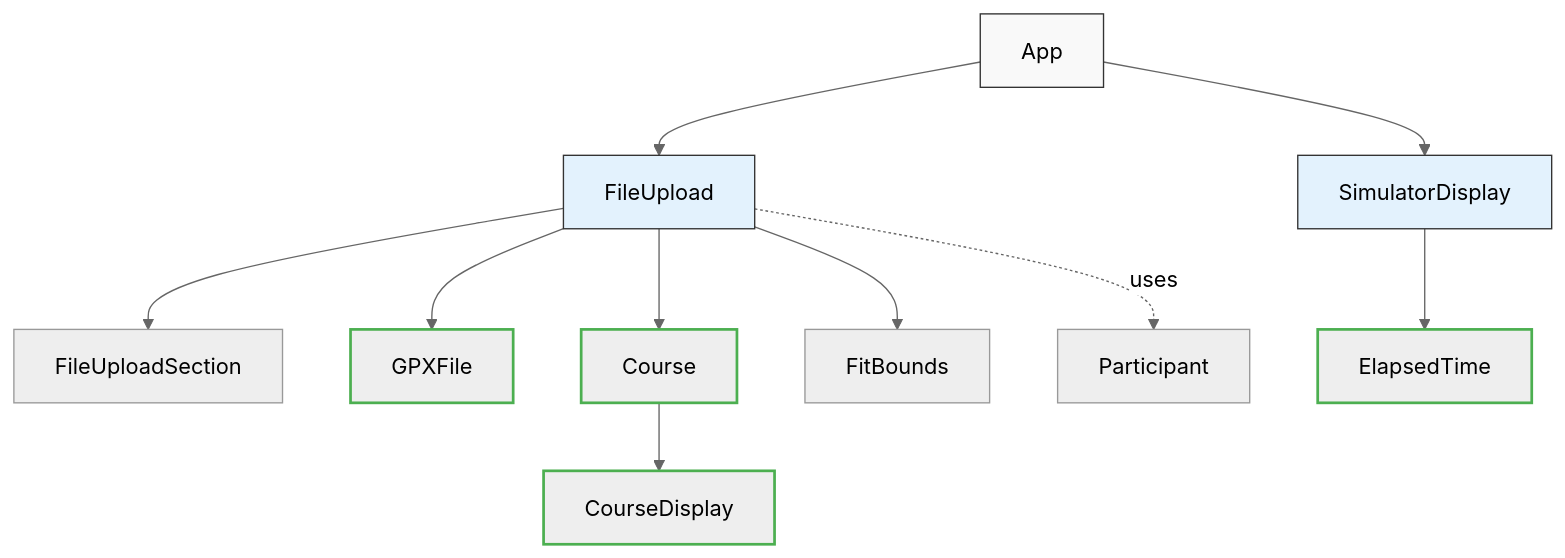
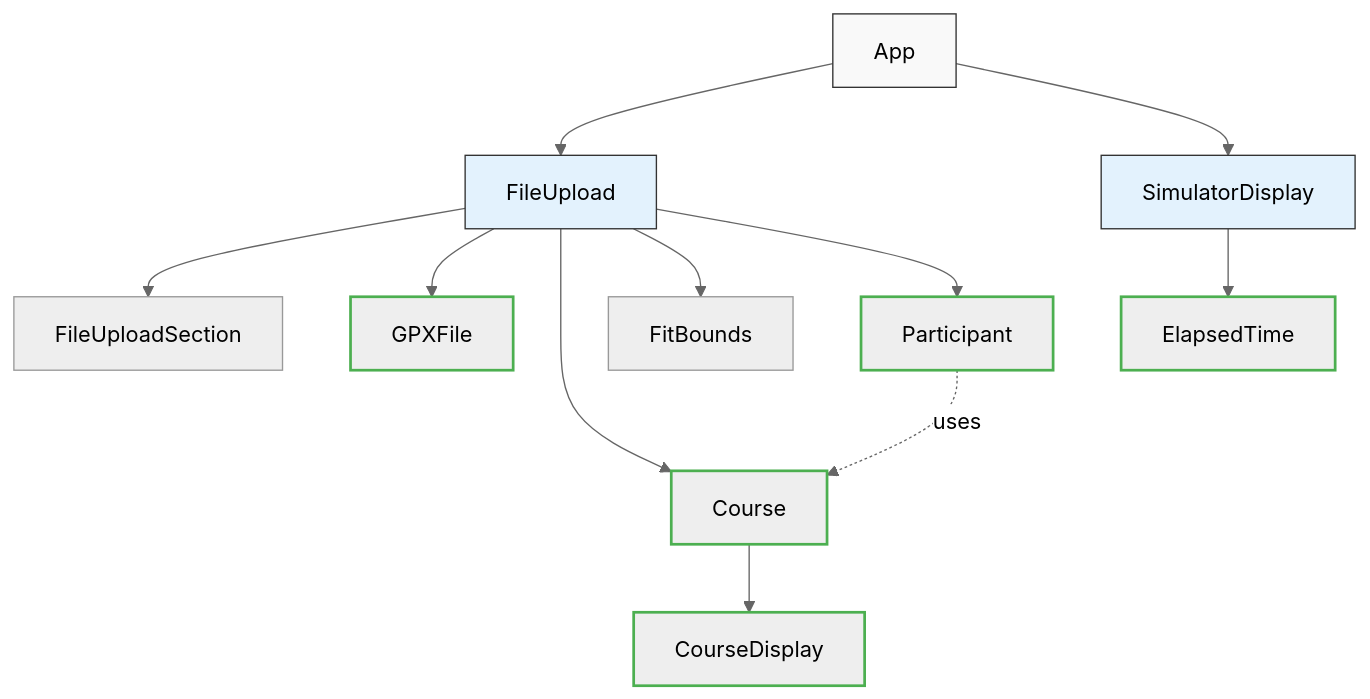
The diagram in README.md (johnsyweb/crashcourse), drawn with Mermaid (neutral theme) before and after one commit. The commit also changed other lines of this file and 7 other files, not shown here.

````diff
--- a/README.md
+++ b/README.md
@@ -127,20 +133,22 @@
 ```mermaid
 graph TD
     App[App] --> FU[FileUpload]
     App --> SD[SimulatorDisplay]
     FU --> FUS[FileUploadSection]
     FU --> GPX[GPXFile]
     FU --> C[Course]
     C --> CD[CourseDisplay]
     FU --> FB[FitBounds]
     SD --> ET[ElapsedTime]
-    FU -.uses.-> P[Participant]
+    FU --> P[Participant]
+    P -.uses.-> C
 
     style ET stroke:#4CAF50,stroke-width:2px
     style GPX stroke:#4CAF50,stroke-width:2px
     style C stroke:#4CAF50,stroke-width:2px
     style CD stroke:#4CAF50,stroke-width:2px
+    style P stroke:#4CAF50,stroke-width:2px
     style App fill:#f9f9f9,stroke:#333,stroke-width:1px
     style FU fill:#e3f2fd,stroke:#333,stroke-width:1px
     style SD fill:#e3f2fd,stroke:#333,stroke-width:1px
 ```
````
